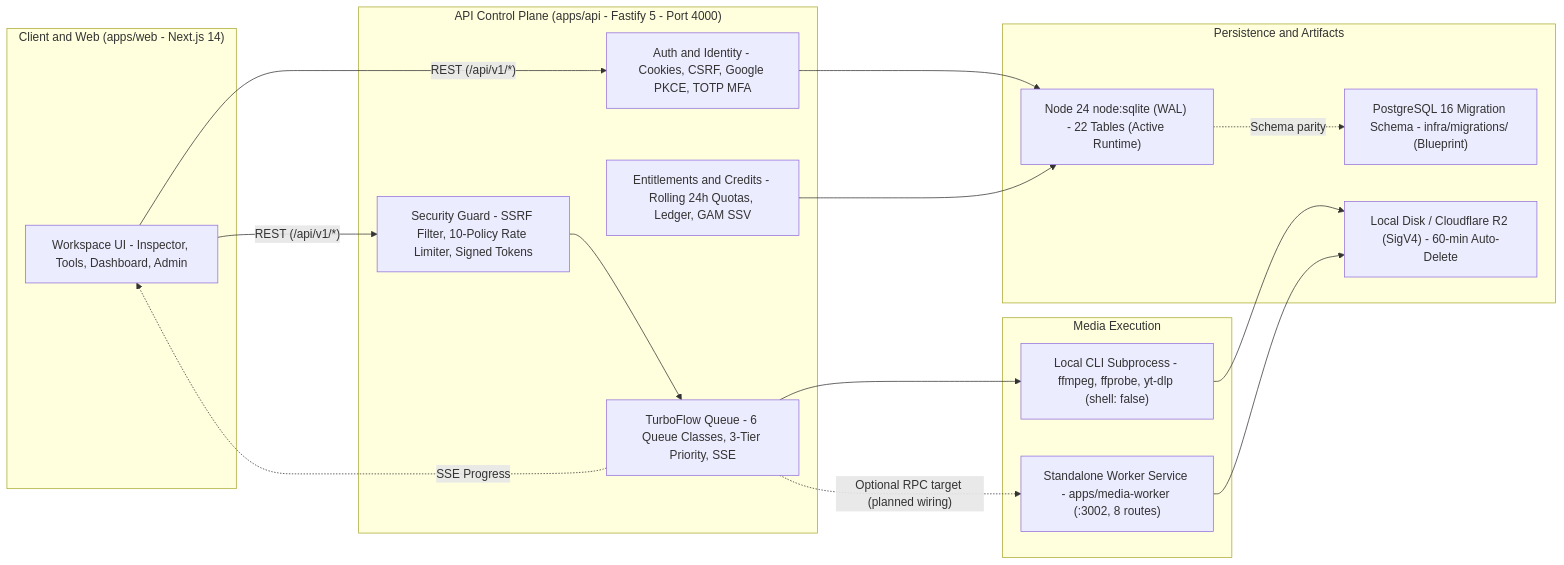
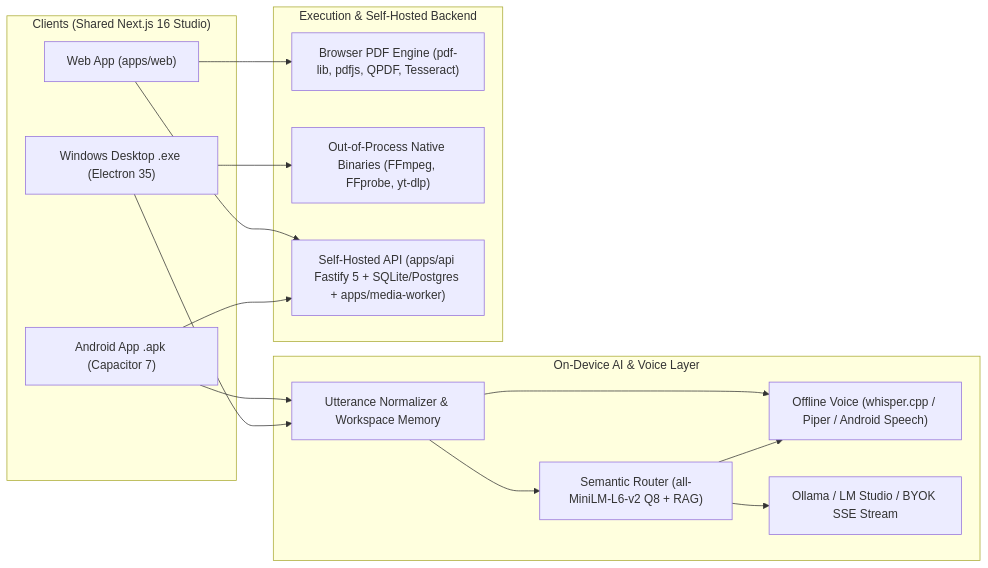
The diagram in README.md (SubhransuNayak007/muxaro), drawn with Mermaid before and after one commit. The commit also changed other lines of this file and 358 other files, not shown here.

Commit message:
feat(v2): add offline AI intent/voice stack, Voice Orb UI, live showcase media, clean README & Apache-2.0 notices

````diff
--- a/README.md
+++ b/README.md
@@ -147,36 +114,29 @@
 ```mermaid
 flowchart LR
-    subgraph Client["Client and Web (apps/web - Next.js 14)"]
-        UI["Workspace UI - Inspector, Tools, Dashboard, Admin"]
+    subgraph Clients["Clients (Shared Next.js 16 Studio)"]
+        WEB["Web App (apps/web)"]
+        WIN["Windows Desktop .exe (Electron 35)"]
+        APK["Android App .apk (Capacitor 7)"]
     end
 
-    subgraph API["API Control Plane (apps/api - Fastify 5 - Port 4000)"]
-        AUTH["Auth and Identity - Cookies, CSRF, Google PKCE, TOTP MFA"]
-        ENT["Entitlements and Credits - Rolling 24h Quotas, Ledger, GAM SSV"]
-        SEC["Security Guard - SSRF Filter, 10-Policy Rate Limiter, Signed Tokens"]
-        QUEUE["TurboFlow Queue - 6 Queue Classes, 3-Tier Priority, SSE"]
+    subgraph AI["On-Device AI & Voice Layer"]
+        NORM["Utterance Normalizer & Workspace Memory"]
+        SEM["Semantic Router (all-MiniLM-L6-v2 Q8 + RAG)"]
+        VOICE["Offline Voice (whisper.cpp / Piper / Android Speech)"]
+        SLM["Ollama / LM Studio / BYOK SSE Stream"]
     end
 
-    subgraph Exec["Media Execution"]
-        CLI["Local CLI Subprocess - ffmpeg, ffprobe, yt-dlp (shell: false)"]
-        WORKER["Standalone Worker Service - apps/media-worker (:3002, 8 routes)"]
+    subgraph Engines["Execution & Self-Hosted Backend"]
+        PDF["Browser PDF Engine (pdf-lib, pdfjs, QPDF, Tesseract)"]
+        NATIVE["Out-of-Process Native Binaries (FFmpeg, FFprobe, yt-dlp)"]
+        API["Self-Hosted API (apps/api Fastify 5 + SQLite/Postgres + apps/media-worker)"]
     end
 
-    subgraph Storage["Persistence and Artifacts"]
-        SQLITE["Node 24 node:sqlite (WAL) - 22 Tables (Active Runtime)"]
-        PG["PostgreSQL 16 Migration Schema - infra/migrations/ (Blueprint)"]
-        OBJ["Local Disk / Cloudflare R2 (SigV4) - 60-min Auto-Delete"]
-    end
-
-    UI -->|"REST (/api/v1/*)"| AUTH
-    UI -->|"REST (/api/v1/*)"| SEC
-    QUEUE -.->|"SSE Progress"| UI
-    AUTH --> SQLITE
-    ENT --> SQLITE
-    SEC --> QUEUE
-    QUEUE --> CLI
-    QUEUE -.->|"Optional RPC target (planned wiring)"| WORKER
-    CLI --> OBJ
-    WORKER --> OBJ
-    SQLITE -.->|"Schema parity"| PG
+    WEB --> PDF
+    WIN --> NORM --> SEM --> VOICE
+    APK --> NORM --> VOICE
+    SEM --> SLM
+    WIN --> NATIVE
+    APK --> API
+    WEB --> API
 ```
````
